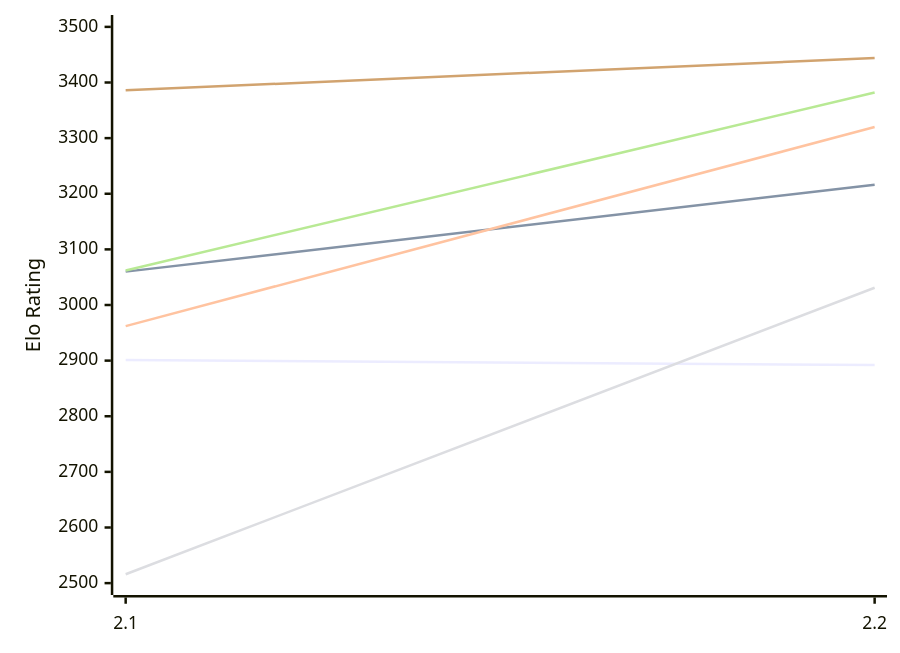
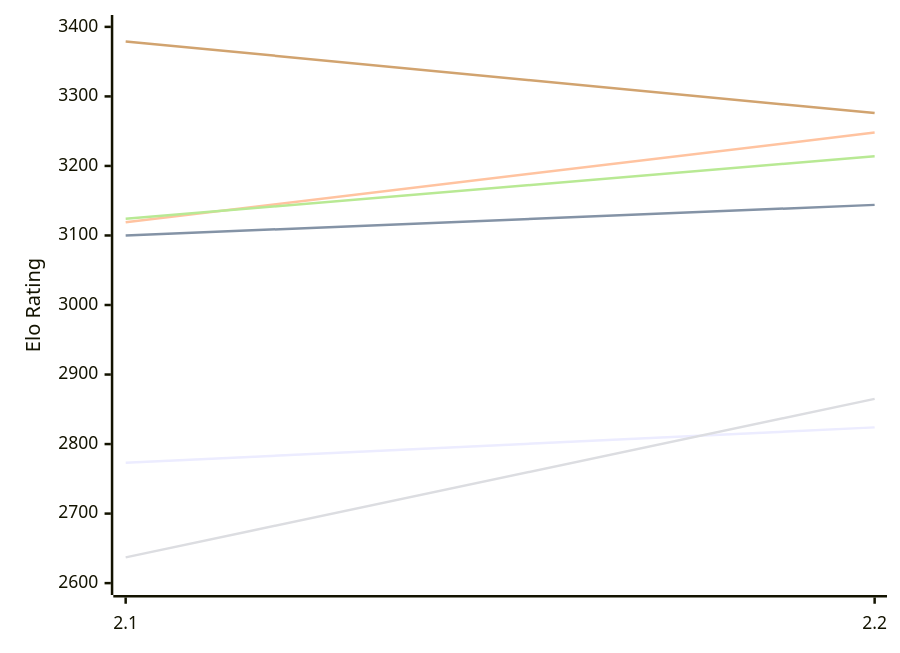
The first of 2 diagrams in engines/Tunguska.md (computer-chess-index/cci), drawn with Mermaid before and after one commit. The commit also changed other lines of this file, not shown here.

Commit message:
Update CCI Ratings (ELO VLTC) - 2026-11-13

````diff
--- a/engines/Tunguska.md
+++ b/engines/Tunguska.md
@@ -51,12 +51,12 @@
 ```mermaid
 %%{init: {"theme":"base","themeVariables":{"seriesColors:['#a3a3a3','#222221','#faa371']}}}%%
 xychart-beta
   x-axis ["2.1", "2.2"]
-  y-axis "Elo Rating" 2500 --> 3500
-  line "E1: STC (8.0+0.08s)" [2901, 2892]
-  line "E1: LTC (60.0+0.60s)" [3060, 3216]
-  line "E1: VLTC (2m24s+1.12s)" [2962, 3320]
-  line "P1: STC (8.0+0.08s)" [2516, 3031]
-  line "P1: LTC (60.0+0.60s)" [3062, 3382]
-  line "P1: VLTC (2m24s+1.12s)" [3386, 3444]
+  y-axis "Elo Rating" 2600 --> 3400
+  line "E1: STC (8.0+0.08s)" [2773, 2824]
+  line "E1: LTC (60.0+0.60s)" [3100, 3144]
+  line "E1: VLTC (2m24s+1.12s)" [3119, 3248]
+  line "P1: STC (8.0+0.08s)" [2637, 2865]
+  line "P1: LTC (60.0+0.60s)" [3124, 3214]
+  line "P1: VLTC (2m24s+1.12s)" [3379, 3276]
 ```
````
